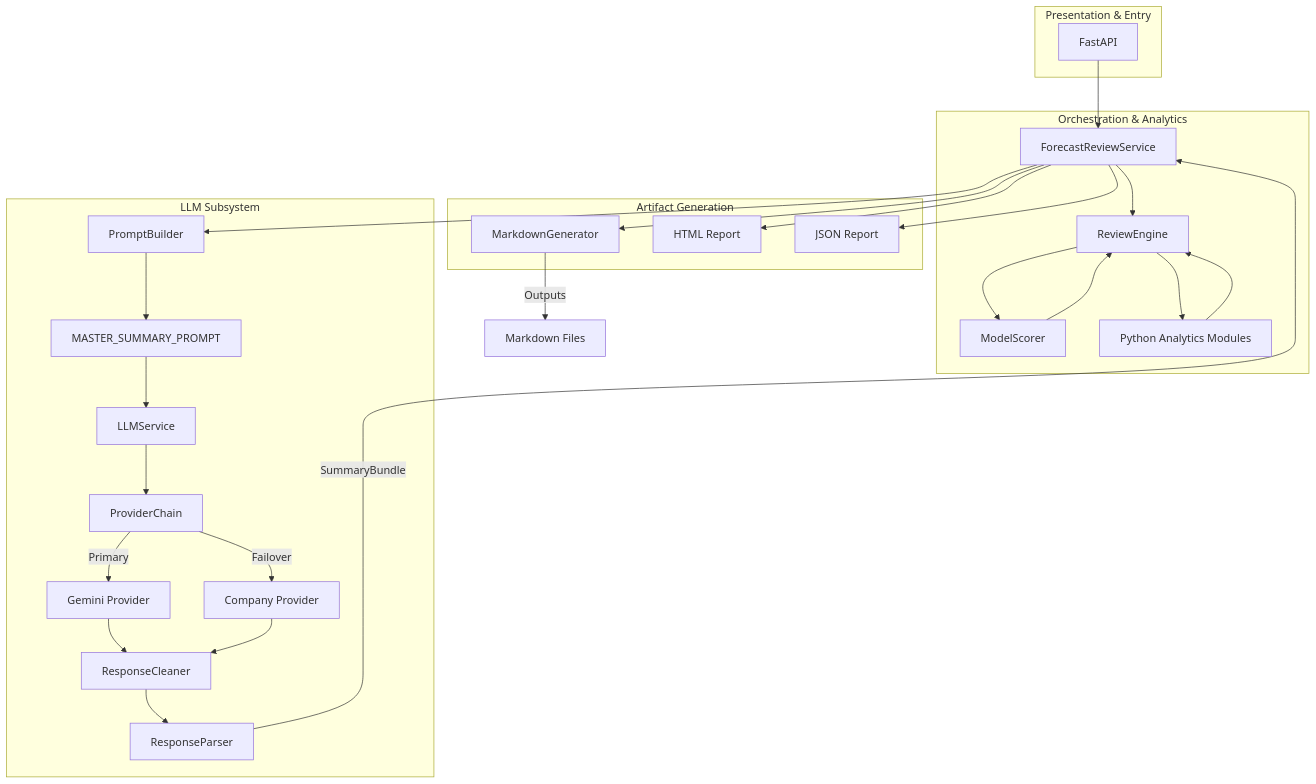
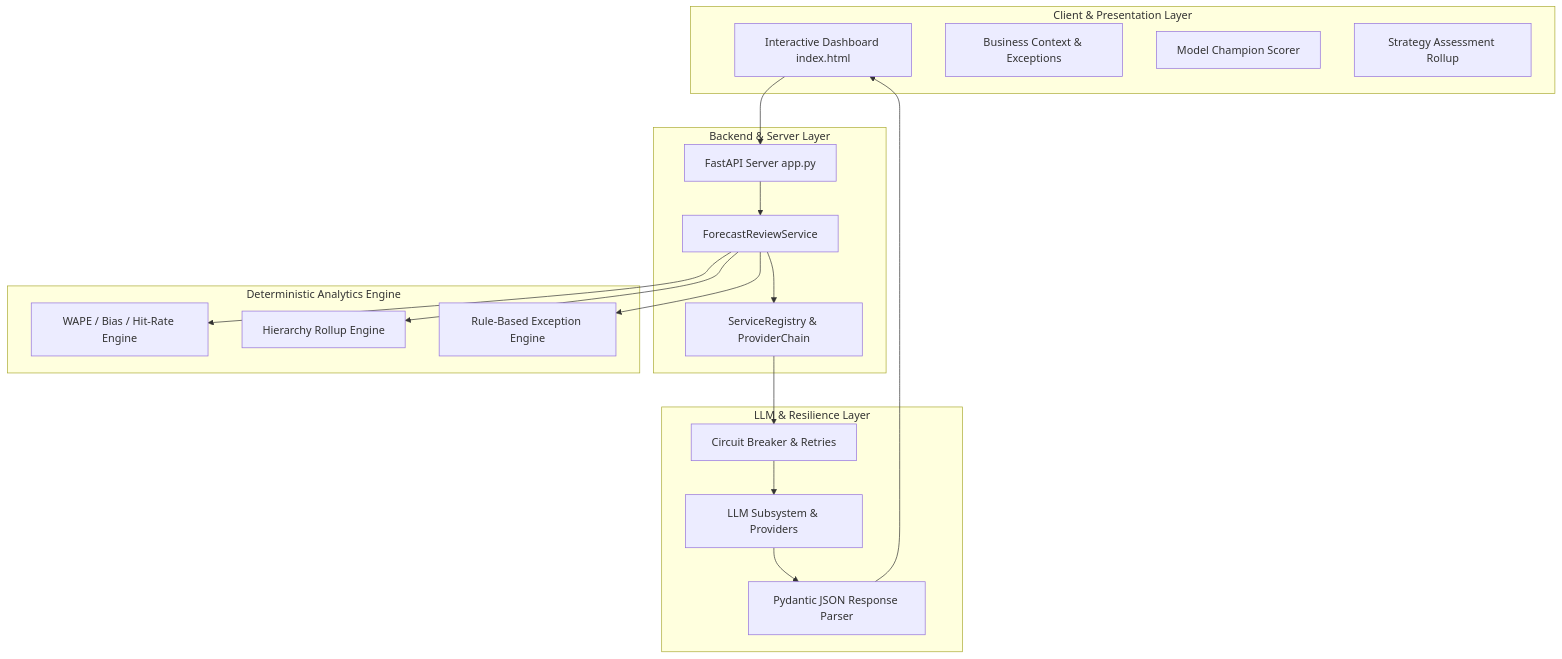
The diagram in readme.md (Arnav-aaasssh/forecast_intelligence-), drawn with Mermaid before and after one commit. The commit also changed other lines of this file, not shown here.

Commit message:
Update README.md for Forecast Intelligence Dashboard v2

````diff
--- a/readme.md
+++ b/readme.md
@@ -30,57 +29,39 @@
 ```mermaid
 graph TD
-    subgraph Presentation & Entry
-        API[FastAPI]
+    subgraph Client & Presentation Layer
+        UI[Interactive Dashboard index.html]
+        BC[Business Context & Exceptions]
+        MC[Model Champion Scorer]
+        SA[Strategy Assessment Rollup]
     end
 
-    subgraph Orchestration & Analytics
-        FR[ForecastReviewService]
-        RE[ReviewEngine]
-        MS[ModelScorer]
-        PY[Python Analytics Modules]
+    subgraph Backend & Server Layer
+        API[FastAPI Server app.py]
+        SRV[ForecastReviewService]
+        REG[ServiceRegistry & ProviderChain]
     end
 
-    subgraph LLM Subsystem
-        PB[PromptBuilder]
-        MP[MASTER_SUMMARY_PROMPT]
-        LLMS[LLMService]
-        PC[ProviderChain]
-        GEM[Gemini Provider]
-        COM[Company Provider]
-        RC[ResponseCleaner]
-        RP[ResponseParser]
+    subgraph Deterministic Analytics Engine
+        CALC[WAPE / Bias / Hit-Rate Engine]
+        ROLL[Hierarchy Rollup Engine]
+        RULE[Rule-Based Exception Engine]
     end
 
-    subgraph Artifact Generation
-        MD[MarkdownGenerator]
-        HTML[HTML Report]
-        JSON[JSON Report]
+    subgraph LLM & Resilience Layer
+        LLM[LLM Subsystem & Providers]
+        CB[Circuit Breaker & Retries]
+        PARSE[Pydantic JSON Response Parser]
     end
 
-    API --> FR
-    FR --> RE
-    RE --> PY
-    PY --> RE
-    RE --> MS
-    MS --> RE
+    UI --> API
+    API --> SRV
+    SRV --> CALC
+    SRV --> ROLL
+    SRV --> RULE
     
-    FR --> PB
-    PB --> MP
-    MP --> LLMS
-    LLMS --> PC
-    
-    PC --> |Primary| GEM
-    PC --> |Failover| COM
-    
-    GEM --> RC
-    COM --> RC
-    
-    RC --> RP
-    RP --> |SummaryBundle| FR
-    
-    FR --> MD
-    FR --> HTML
-    FR --> JSON
-    
-    MD --> |Outputs| MarkdownFiles[Markdown Files]
+    SRV --> REG
+    REG --> CB
+    CB --> LLM
+    LLM --> PARSE
+    PARSE --> UI
 ```
````
